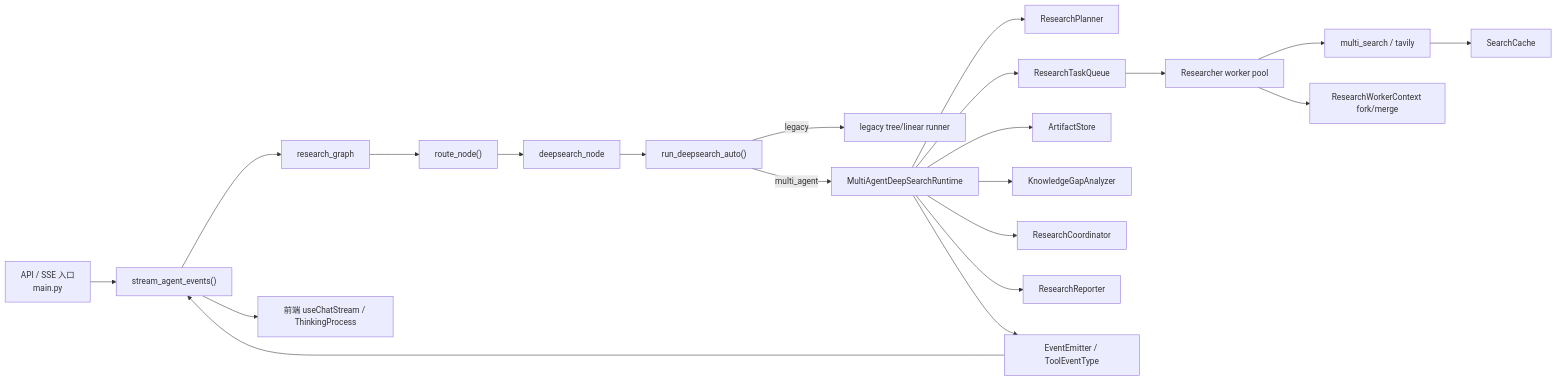
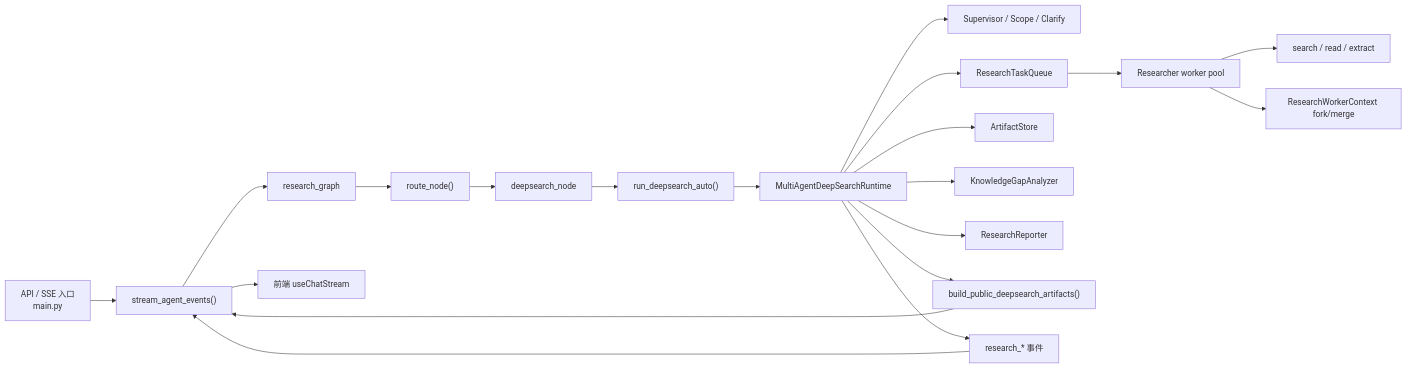
The diagram in docs/deep-research-multi-agent-architecture.md (MaplumeX/Weaver), drawn with Mermaid before and after one commit. The commit also changed other lines of this file and 61 other files, not shown here.

Commit message:
refactor: remove legacy deep research runtime

````diff
--- a/docs/deep-research-multi-agent-architecture.md
+++ b/docs/deep-research-multi-agent-architecture.md
@@ -52,27 +52,25 @@
 ```mermaid
 flowchart LR
     API["API / SSE 入口<br/>main.py"] --> Stream["stream_agent_events()"]
     Stream --> Graph["research_graph"]
     Graph --> Router["route_node()"]
     Router --> DeepNode["deepsearch_node"]
-    DeepNode --> Selector["run_deepsearch_auto()"]
+    DeepNode --> Entrypoint["run_deepsearch_auto()"]
+    Entrypoint --> Runtime["MultiAgentDeepSearchRuntime"]
 
-    Selector -->|legacy| Legacy["legacy tree/linear runner"]
-    Selector -->|multi_agent| Runtime["MultiAgentDeepSearchRuntime"]
-
-    Runtime --> Planner["ResearchPlanner"]
+    Runtime --> Supervisor["Supervisor / Scope / Clarify"]
     Runtime --> Queue["ResearchTaskQueue"]
     Runtime --> Store["ArtifactStore"]
     Runtime --> Verifier["KnowledgeGapAnalyzer"]
-    Runtime --> Coordinator["ResearchCoordinator"]
     Runtime --> Reporter["ResearchReporter"]
 
     Queue --> Workers["Researcher worker pool"]
-    Workers --> Search["multi_search / tavily"]
+    Workers --> Search["search / read / extract"]
     Workers --> Context["ResearchWorkerContext fork/merge"]
-    Search --> Cache["SearchCache"]
 
-    Runtime --> Events["EventEmitter / ToolEventType"]
+    Runtime --> PublicArtifacts["build_public_deepsearch_artifacts()"]
+    Runtime --> Events["research_* 事件"]
+    PublicArtifacts --> Stream
     Events --> Stream
-    Stream --> UI["前端 useChatStream / ThinkingProcess"]
+    Stream --> UI["前端 useChatStream"]
 ```
````
